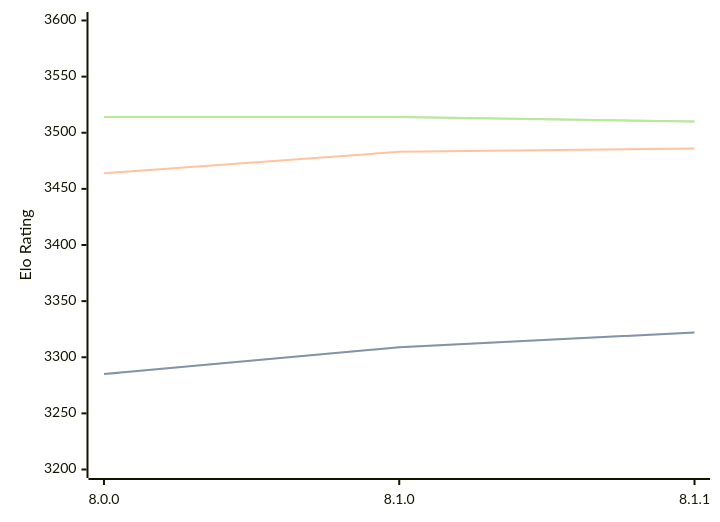
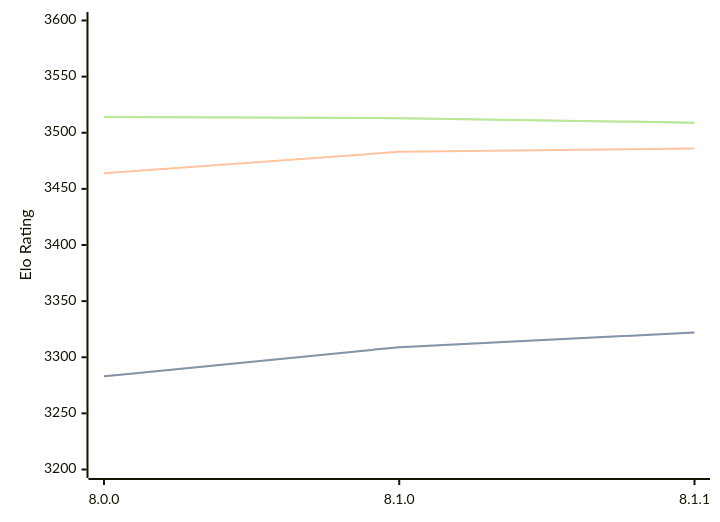
Before and after one commit to computer-chess-index/cci: the diagram in engines/Velvet.md, drawn with Mermaid. The commit also changed other lines of this file, not shown here.

Commit message:
Update CCI Ratings (ELO VLTC) - 2026-03-04

````diff
--- a/engines/Velvet.md
+++ b/engines/Velvet.md
@@ -55,11 +55,11 @@
 ```mermaid
 %%{init: {"theme":"base","themeVariables":{"seriesColors:['#a3a3a3','#222221','#faa371']}}}%%
 xychart-beta
   x-axis ["8.0.0", "8.1.0", "8.1.1"]
   y-axis "Elo Rating" 3200 --> 3600
-  line "STC (8.0+0.08s)" [3285, 3309, 3322]
-  line "STC (8.0+0.08s)" [3285, 3309, 3322]
+  line "STC (8.0+0.08s)" [3283, 3309, 3322]
+  line "STC (8.0+0.08s)" [3283, 3309, 3322]
   line "LTC (60.0+0.60s)" [3464, 3483, 3486]
-  line "VLTC (2m24s+1.12s)" [3514, 3514, 3510]
-  line "VLTC (2m24s+1.12s)" [3514, 3514, 3510]
+  line "VLTC (2m24s+1.12s)" [3514, 3513, 3509]
+  line "VLTC (2m24s+1.12s)" [3514, 3513, 3509]
 ```
````
